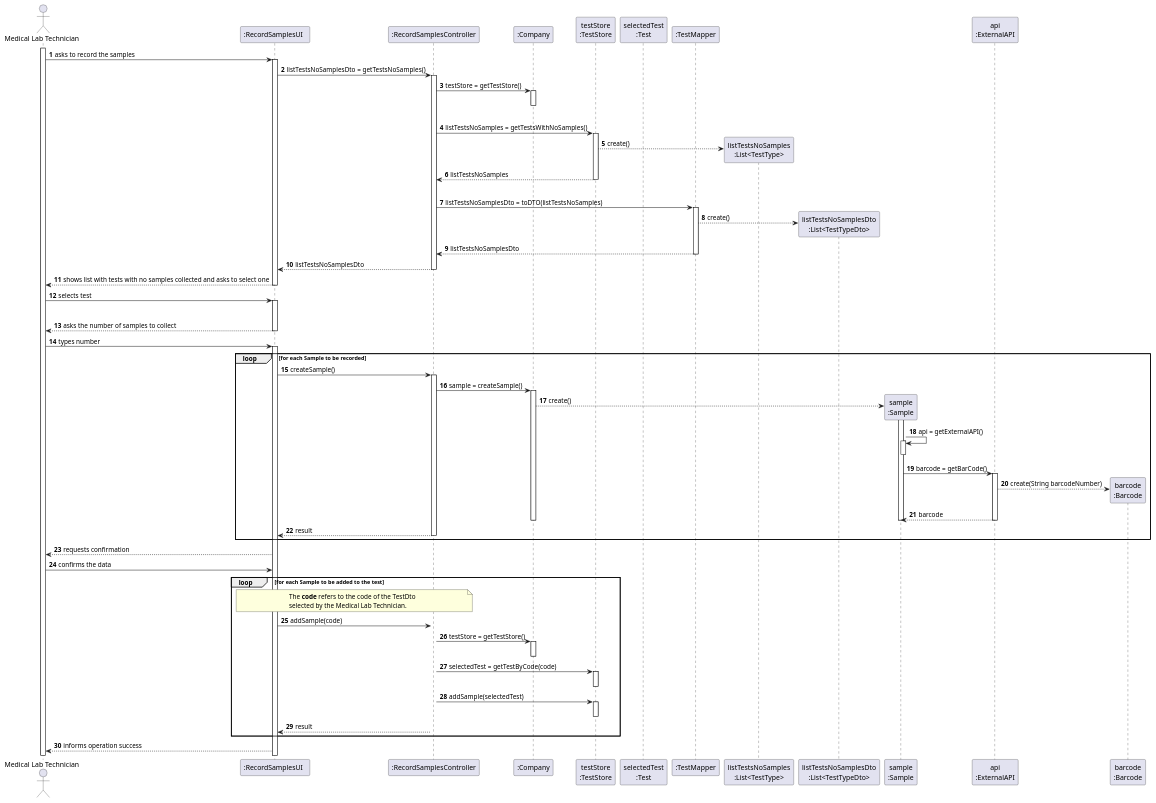
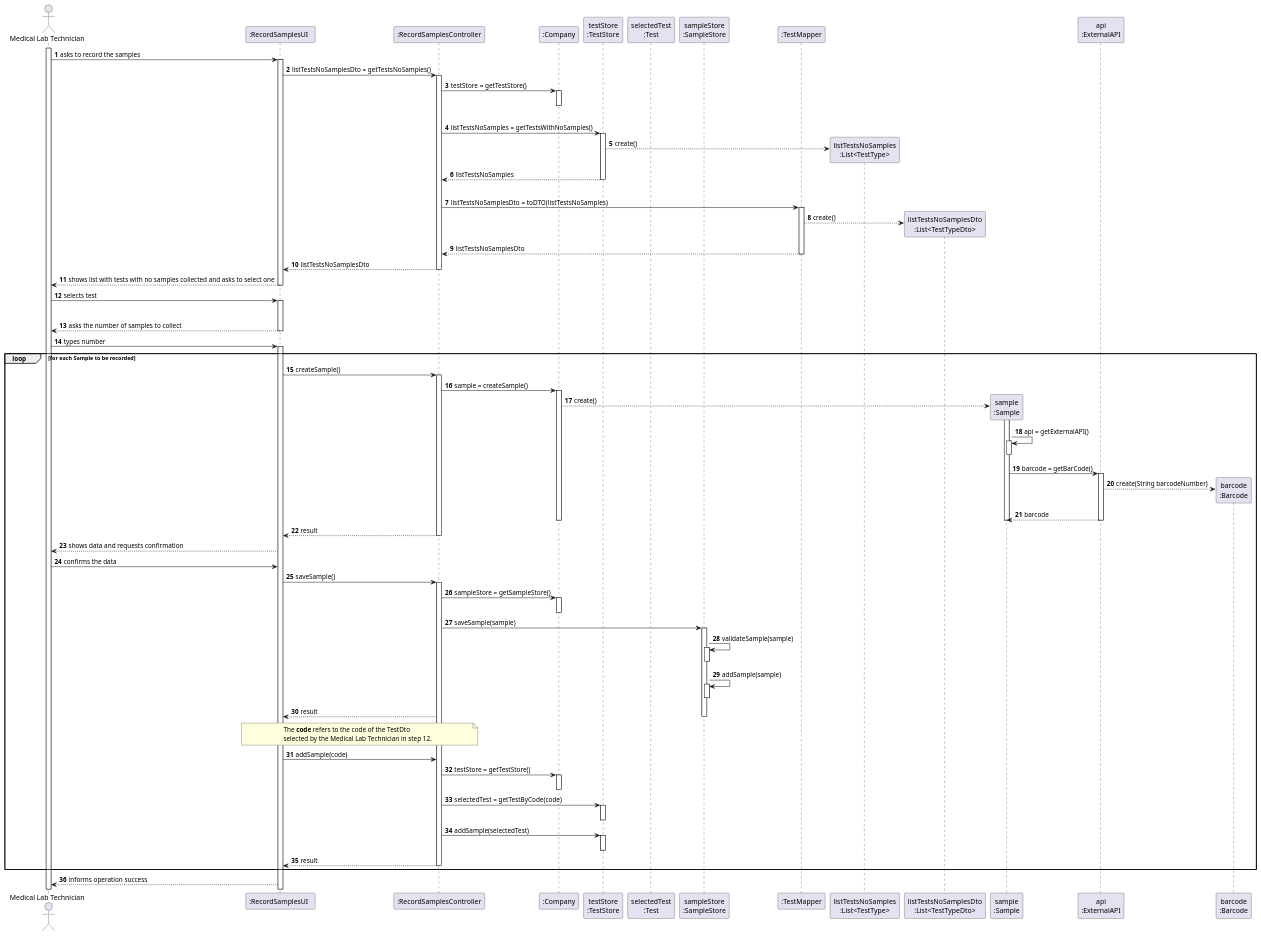
One commit to ana-albergaria/LAPR2-ISEP changed the diagram in docs/SprintC/US_5/US5_SD.puml. Above: the diagram before and after it, drawn with PlantUML. The commit also changed 3 other files, not shown here.

Commit message:
US5 - Doing Class Diagram

```diff
--- a/docs/SprintC/US_5/US5_SD.puml
+++ b/docs/SprintC/US_5/US5_SD.puml
@@ -1,160 +1,192 @@
 @startuml
 
 autonumber
 
 actor "Medical Lab Technician" as MLT
 
 participant ":RecordSamplesUI  " as UI
 participant ":RecordSamplesController" as CTRL
 participant ":Company" as COMPANY
 participant "testStore\n:TestStore" as TEST_STORE
 participant "selectedTest\n:Test" as SELECTED_TEST
+participant "sampleStore\n:SampleStore" as SAMPLE_STORE
 participant ":TestMapper" as TEST_MAPPER
 participant "listTestsNoSamples\n:List<TestType>" as LIST_TESTS_NO_SAMPLES
 participant "listTestsNoSamplesDto\n:List<TestTypeDto>" as LIST_TESTS_NO_SAMPLES_DTO
 participant "sample\n:Sample" as SAMPLE
 participant "api\n:ExternalAPI" as API
 participant "barcode\n:Barcode" as BARCODE
 
 activate MLT
 MLT -> UI : asks to record the samples
 activate UI
 
 UI -> CTRL : listTestsNoSamplesDto = getTestsNoSamples()
 activate CTRL
 
 CTRL -> COMPANY : testStore = getTestStore()
 activate COMPANY
 |||
 deactivate COMPANY
 
 CTRL -> TEST_STORE : listTestsNoSamples = getTestsWithNoSamples()
 activate TEST_STORE
 
 TEST_STORE --> LIST_TESTS_NO_SAMPLES** : create()
 
 TEST_STORE --> CTRL : listTestsNoSamples
 deactivate TEST_STORE
 |||
 
 CTRL -> TEST_MAPPER : listTestsNoSamplesDto = toDTO(listTestsNoSamples)
 activate TEST_MAPPER
 
 TEST_MAPPER --> LIST_TESTS_NO_SAMPLES_DTO** : create()
 
 TEST_MAPPER --> CTRL : listTestsNoSamplesDto
 deactivate TEST_MAPPER
 
 CTRL --> UI : listTestsNoSamplesDto
 deactivate CTRL
 
 UI --> MLT : shows list with tests with no samples collected and asks to select one
 deactivate UI
 
 
 MLT -> UI : selects test
 activate UI
 
 /'UI -> UI : selectedTestDto = (TestDto) Utils.showAndSelectOne(listTestWithNoSamplesDto, "msg")
 activate UI
 deactivate UI'/
 
 /'note over UI, CTRL
 The **code** refers to the code of the TestDto
 selected by the Medical Lab Technician.
 end note
 UI -> CTRL : selectedTest = getTestByCode(code)
 activate CTRL
 
 CTRL -> COMPANY : testStore = getTestStore()
 activate COMPANY
 deactivate COMPANY
 
 CTRL -> TEST_STORE : selectedTest = getTestByCode(code)
 activate TEST_STORE
 TEST_STORE --> SELECTED_TEST** : create()
 TEST_STORE --> CTRL : selectedTest
 deactivate TEST_STORE
 
 CTRL --> UI : selectedTest'/
 
 deactivate CTRL
 
 
 UI --> MLT : asks the number of samples to collect
 deactivate UI
 
 MLT -> UI : types number
 activate UI
 
 loop for each Sample to be recorded
 UI -> CTRL : createSample()
 activate CTRL
 
 CTRL -> COMPANY : sample = createSample()
 activate COMPANY
 
 COMPANY --> SAMPLE** : create()
 
 
 activate SAMPLE
 
 
 SAMPLE -> SAMPLE : api = getExternalAPI()
 activate SAMPLE
 deactivate SAMPLE
 
 
 
 SAMPLE -> API : barcode = getBarCode()
 activate API
 
 API --> BARCODE** : create(String barcodeNumber)
 
 API --> SAMPLE : barcode
 deactivate SAMPLE
 deactivate COMPANY
 deactivate API
 
 CTRL --> UI : result
 deactivate CTRL
 
-end
 
-UI --> MLT : requests confirmation
+
+UI --> MLT : shows data and requests confirmation
 
 MLT -> UI : confirms the data
 
-loop for each Sample to be added to the test
+UI -> CTRL : saveSample()
+activate CTRL
+
+CTRL -> COMPANY : sampleStore = getSampleStore()
+activate COMPANY
+deactivate COMPANY
+
+CTRL -> SAMPLE_STORE : saveSample(sample)
+activate SAMPLE_STORE
+
+
+SAMPLE_STORE -> SAMPLE_STORE : validateSample(sample)
+activate SAMPLE_STORE
+deactivate SAMPLE_STORE
+
+SAMPLE_STORE -> SAMPLE_STORE : addSample(sample)
+activate SAMPLE_STORE
+deactivate SAMPLE_STORE
+
+CTRL --> UI : result
+
+deactivate SAMPLE_STORE
+
+
 
 note over UI, CTRL
 The **code** refers to the code of the TestDto
-selected by the Medical Lab Technician.
+selected by the Medical Lab Technician in step 12.
 end note
 UI -> CTRL : addSample(code)
-activate CTRL
+
+
+
 
 CTRL -> COMPANY : testStore = getTestStore()
 activate COMPANY
 deactivate COMPANY
 
 CTRL -> TEST_STORE : selectedTest = getTestByCode(code)
 activate TEST_STORE
 deactivate TEST_STORE
 
 CTRL -> TEST_STORE : addSample(selectedTest)
 activate TEST_STORE
 deactivate TEST_STORE
 
+
 /'dentro do método addSample, vai-se verificar se a sample já está lá?'/
 
 CTRL --> UI : result
+
+deactivate CTRL
 
 end
 
 UI --> MLT : informs operation success
 
 
+/'colocar requests confirmation
+e confirms the data em cima'/
+
 
 
 @enduml
```
